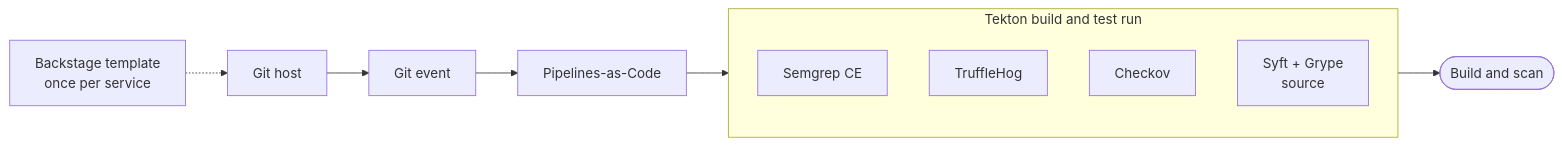
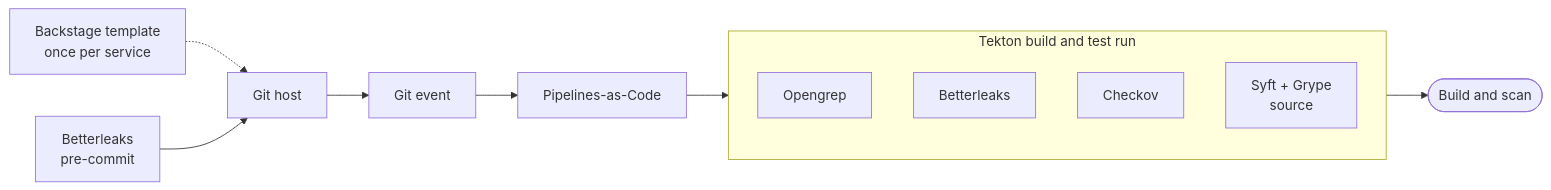
One commit to andymotta/Platform-Engineering changed the third of 7 diagrams in content/en/docs/reference-architectures/open-source-ssdf-cicd.md. Above: the diagram before and after it, drawn with Mermaid. The commit also changed other lines of this file, not shown here.

First line of the commit message:
docs: address review feedback on the SSDF reference architecture

````diff
--- a/content/en/docs/reference-architectures/open-source-ssdf-cicd.md
+++ b/content/en/docs/reference-architectures/open-source-ssdf-cicd.md
@@ -106,12 +107,13 @@
 ```mermaid
 flowchart LR
     subgraph BT["Tekton build and test run"]
         direction TB
-        S["Semgrep CE"]
-        T["TruffleHog"]
+        S["Opengrep"]
+        T["Betterleaks"]
         K["Checkov"]
         SG["Syft + Grype<br/>source"]
     end
     O["Backstage template<br/>once per service"] -.-> GH["Git host"] --> E["Git event"] --> P["Pipelines-as-Code"] --> BT
+    PC["Betterleaks<br/>pre-commit"] --> GH
     BT --> N(["Build and scan"])
 ```
````
